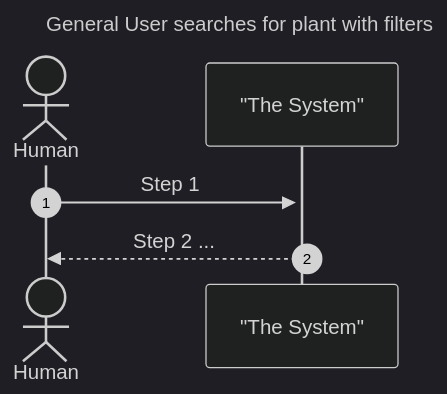
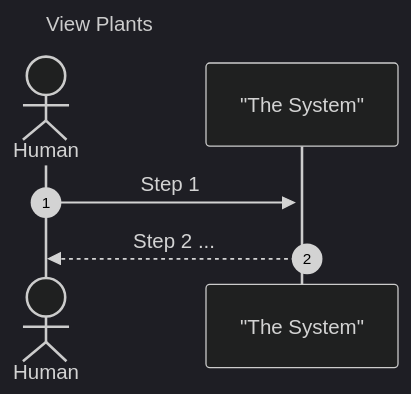
One commit to ProsperousHeart/gardening-app changed the sixth of 15 diagrams in docs/requirements/REQ-000d_UCBDs.md. Above: the diagram before and after it, drawn with Mermaid. The commit also changed other lines of this file, not shown here.

Commit message:
fix filtering mermaid

````diff
--- a/docs/requirements/REQ-000d_UCBDs.md
+++ b/docs/requirements/REQ-000d_UCBDs.md
@@ -388,14 +475,14 @@
 ```mermaid
 ---
-title: General User searches for plant with filters
+title: View Plants
 config:
     theme: dark
 ---
 sequenceDiagram
     autonumber
     actor User as Human
     participant System as "The System"
     %% links System: {"Requirements": ""}
     User->>+System: Step 1
     System-->>User: Step 2 ...
 ```
````
